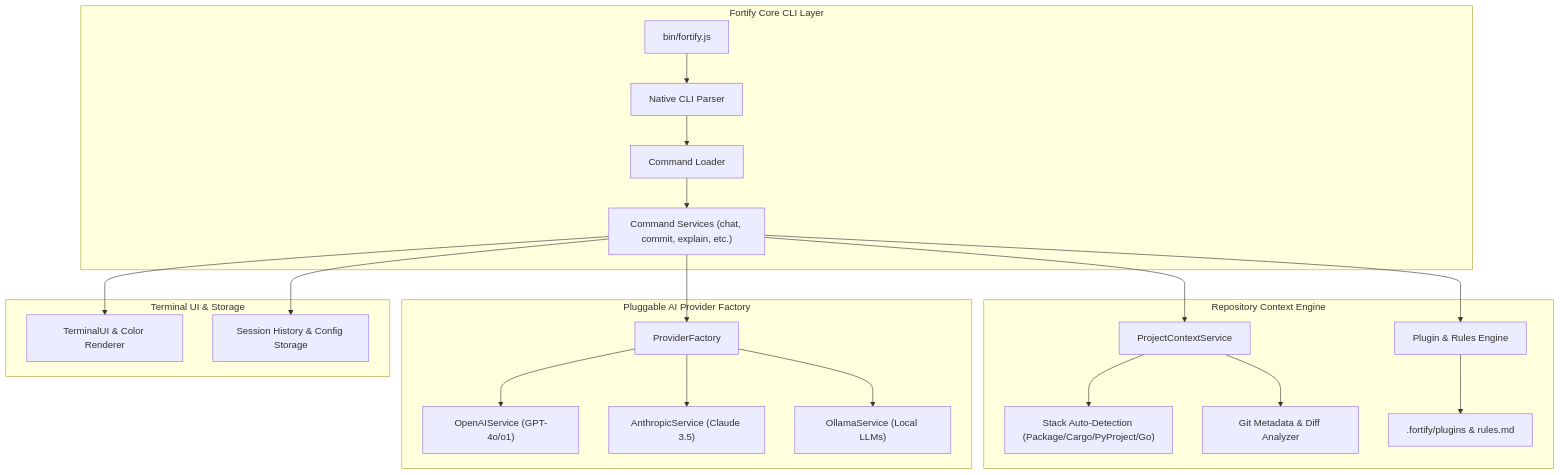
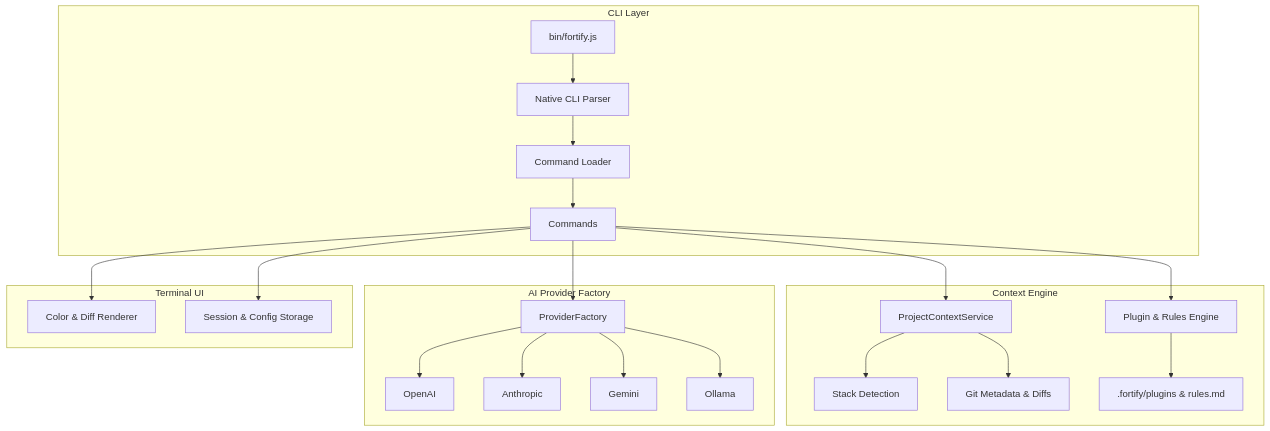
One commit to jatin-awankar/fortify changed the diagram in README.md. Above: the diagram before and after it, drawn with Mermaid. The commit also changed other lines of this file, not shown here.

````diff
--- a/README.md
+++ b/README.md
@@ -232,28 +344,29 @@
 ```mermaid
 flowchart TD
-    subgraph CLI ["Fortify Core CLI Layer"]
+    subgraph CLI ["CLI Layer"]
         Entry["bin/fortify.js"] --> Parser["Native CLI Parser"]
         Parser --> Loader["Command Loader"]
-        Loader --> Commands["Command Services (chat, commit, explain, etc.)"]
+        Loader --> Commands["Commands"]
     end
 
-    subgraph Context Engine ["Repository Context Engine"]
+    subgraph Context ["Context Engine"]
         Commands --> ContextService["ProjectContextService"]
-        ContextService --> Signature["Stack Auto-Detection (Package/Cargo/PyProject/Go)"]
-        ContextService --> Git["Git Metadata & Diff Analyzer"]
+        ContextService --> Signature["Stack Detection"]
+        ContextService --> Git["Git Metadata & Diffs"]
         Commands --> PluginService["Plugin & Rules Engine"]
         PluginService --> LocalRules[".fortify/plugins & rules.md"]
     end
 
-    subgraph Provider Factory ["Pluggable AI Provider Factory"]
+    subgraph Providers ["AI Provider Factory"]
         Commands --> Factory["ProviderFactory"]
-        Factory --> OpenAI["OpenAIService (GPT-4o/o1)"]
-        Factory --> Anthropic["AnthropicService (Claude 3.5)"]
-        Factory --> Ollama["OllamaService (Local LLMs)"]
+        Factory --> OpenAI["OpenAI"]
+        Factory --> Anthropic["Anthropic"]
+        Factory --> Gemini["Gemini"]
+        Factory --> Ollama["Ollama"]
     end
 
-    subgraph Renderer ["Terminal UI & Storage"]
-        Commands --> RendererUI["TerminalUI & Color Renderer"]
-        Commands --> SessionStorage["Session History & Config Storage"]
+    subgraph TUI ["Terminal UI"]
+        Commands --> Renderer["Color & Diff Renderer"]
+        Commands --> Storage["Session & Config Storage"]
     end
 ```
````
